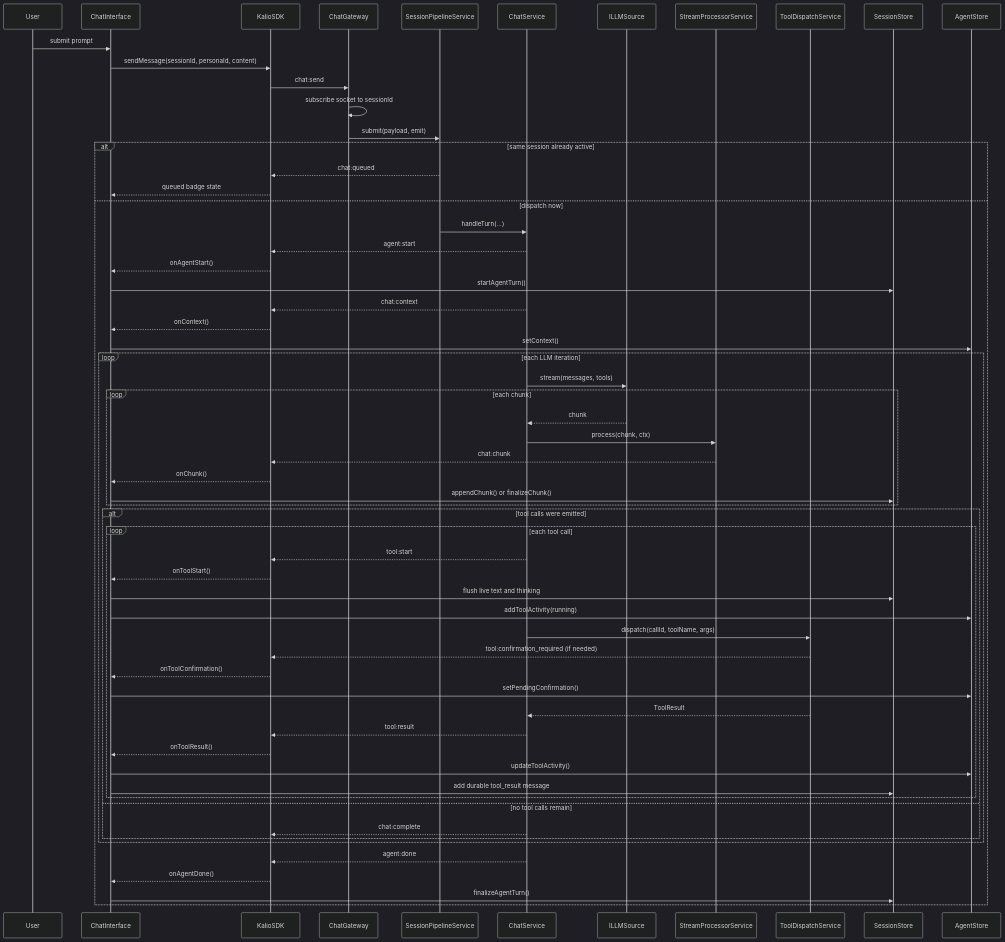
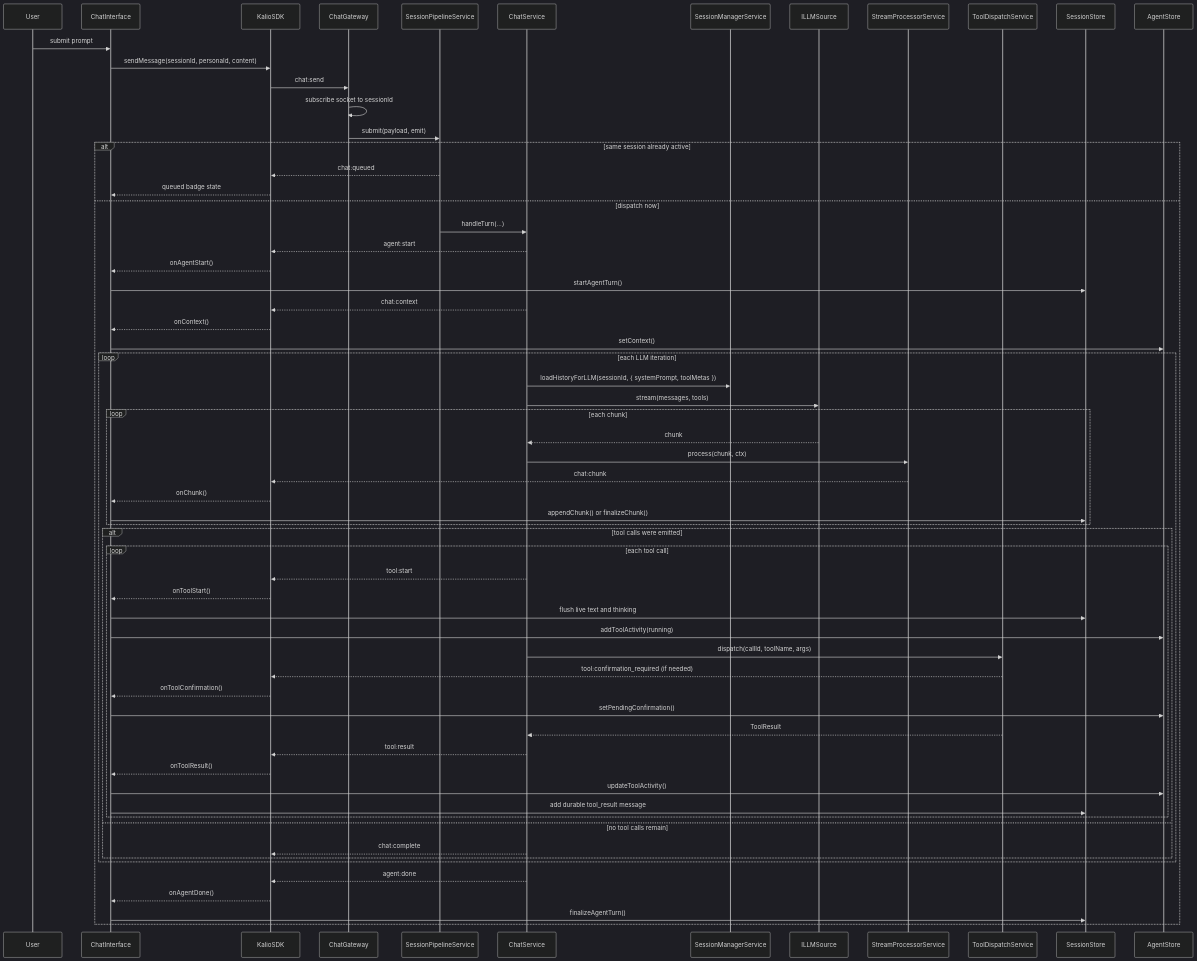
The second of 5 diagrams in docs/chat-streaming-tools-architecture.md (Radomiej/kalio-forever), drawn with Mermaid (dark theme) before and after one commit. The commit also changed other lines of this file and 264 other files, not shown here.

````diff
--- a/docs/chat-streaming-tools-architecture.md
+++ b/docs/chat-streaming-tools-architecture.md
@@ -77,69 +77,71 @@
 ```mermaid
 sequenceDiagram
     participant User as User
     participant FE as ChatInterface
     participant SDK as KalioSDK
     participant GW as ChatGateway
     participant Pipe as SessionPipelineService
     participant Chat as ChatService
+    participant SessionMgr as SessionManagerService
     participant LLM as ILLMSource
     participant Stream as StreamProcessorService
     participant Tools as ToolDispatchService
 
     User->>FE: submit prompt
     FE->>SDK: sendMessage(sessionId, personaId, content)
     SDK->>GW: chat:send
     GW->>GW: subscribe socket to sessionId
     GW->>Pipe: submit(payload, emit)
 
     alt same session already active
         Pipe-->>SDK: chat:queued
         SDK-->>FE: queued badge state
     else dispatch now
         Pipe->>Chat: handleTurn(...)
         Chat-->>SDK: agent:start
         SDK-->>FE: onAgentStart()
         FE->>SessionStore: startAgentTurn()
 
         Chat-->>SDK: chat:context
         SDK-->>FE: onContext()
         FE->>AgentStore: setContext()
 
         loop each LLM iteration
+            Chat->>SessionMgr: loadHistoryForLLM(sessionId, { systemPrompt, toolMetas })
             Chat->>LLM: stream(messages, tools)
             loop each chunk
                 LLM-->>Chat: chunk
                 Chat->>Stream: process(chunk, ctx)
                 Stream-->>SDK: chat:chunk
                 SDK-->>FE: onChunk()
                 FE->>SessionStore: appendChunk() or finalizeChunk()
             end
 
             alt tool calls were emitted
                 loop each tool call
                     Chat-->>SDK: tool:start
                     SDK-->>FE: onToolStart()
                     FE->>SessionStore: flush live text and thinking
                     FE->>AgentStore: addToolActivity(running)
 
                     Chat->>Tools: dispatch(callId, toolName, args)
                     Tools-->>SDK: tool:confirmation_required (if needed)
                     SDK-->>FE: onToolConfirmation()
                     FE->>AgentStore: setPendingConfirmation()
 
                     Tools-->>Chat: ToolResult
                     Chat-->>SDK: tool:result
                     SDK-->>FE: onToolResult()
                     FE->>AgentStore: updateToolActivity()
                     FE->>SessionStore: add durable tool_result message
                 end
             else no tool calls remain
                 Chat-->>SDK: chat:complete
             end
         end
 
         Chat-->>SDK: agent:done
         SDK-->>FE: onAgentDone()
         FE->>SessionStore: finalizeAgentTurn()
     end
 ```
````
